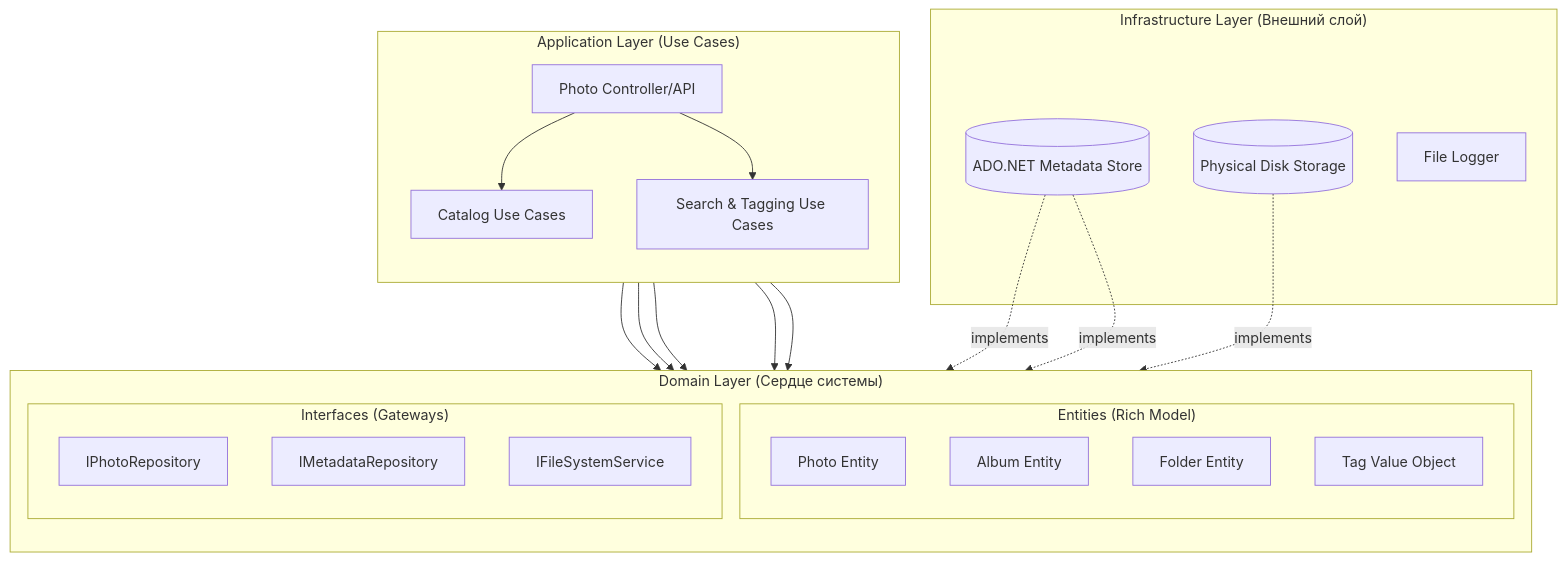
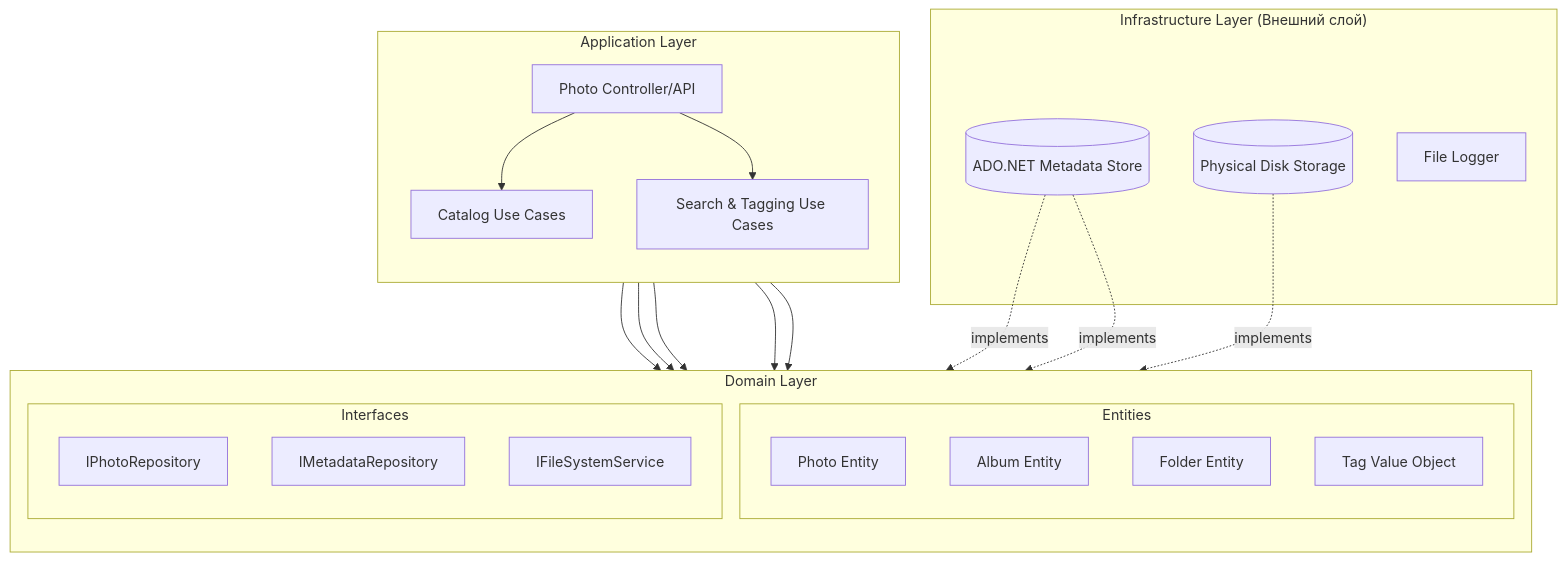
The second of 2 diagrams in README.md (college-top-vrn/PhotoCatalog), drawn with Mermaid before and after one commit.

````diff
--- a/README.md
+++ b/README.md
@@ -46,48 +46,48 @@
 ```mermaid 
 graph TD
     subgraph "Infrastructure Layer (Внешний слой)"
         DB[(ADO.NET Metadata Store)]
         FS[(Physical Disk Storage)]
         Logger[File Logger]
     end
 
-    subgraph "Application Layer (Use Cases)"
+    subgraph "Application Layer"
         direction TB
         PC[Photo Controller/API]
         UC_Manage[Catalog Use Cases]
         UC_Search[Search & Tagging Use Cases]
     end
 
-    subgraph "Domain Layer (Сердце системы)"
+    subgraph "Domain Layer"
         direction TB
         
-        subgraph "Entities (Rich Model)"
+        subgraph "Entities"
             E_Photo[Photo Entity]
             E_Album[Album Entity]
             E_Folder[Folder Entity]
             E_Tag[Tag Value Object]
         end
         
-        subgraph "Interfaces (Gateways)"
+        subgraph "Interfaces"
             I_PhotoRepo[IPhotoRepository]
             I_MetaRepo[IMetadataRepository]
             I_FileServer[IFileSystemService]
         end
     end
 
 
     PC --> UC_Manage
     PC --> UC_Search
     
     UC_Manage --> E_Photo
     UC_Manage --> E_Album
     UC_Manage --> I_PhotoRepo
     
     UC_Search --> E_Tag
     UC_Search --> I_MetaRepo
 
 
     DB -.->|implements| I_MetaRepo
     FS -.->|implements| I_FileServer
     DB -.->|implements| I_PhotoRepo
 ```
````
